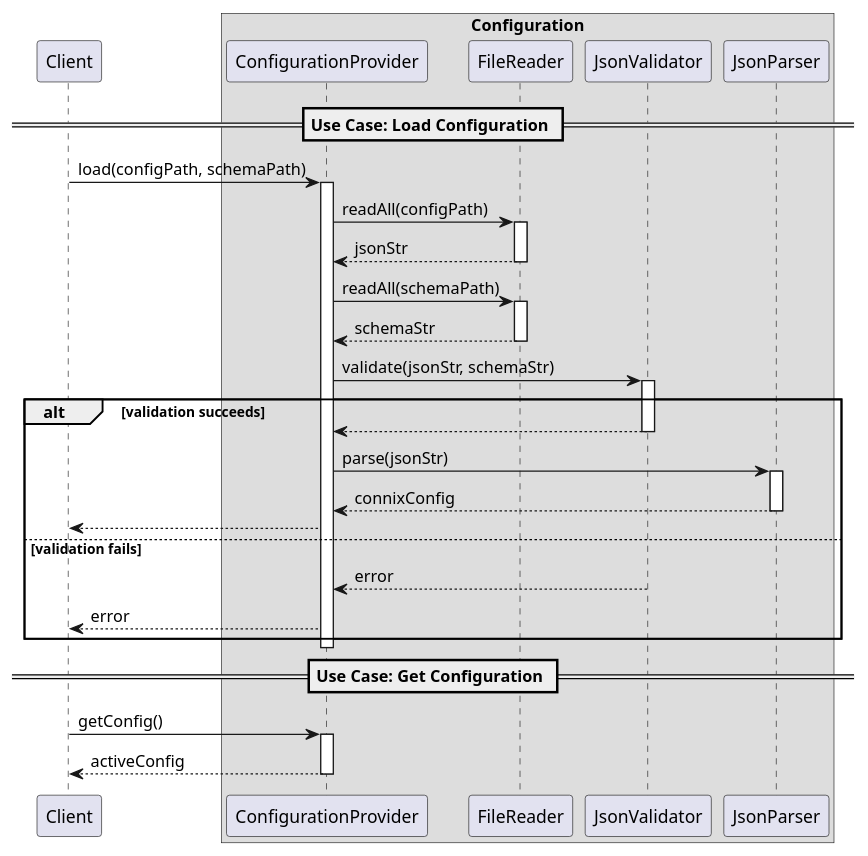
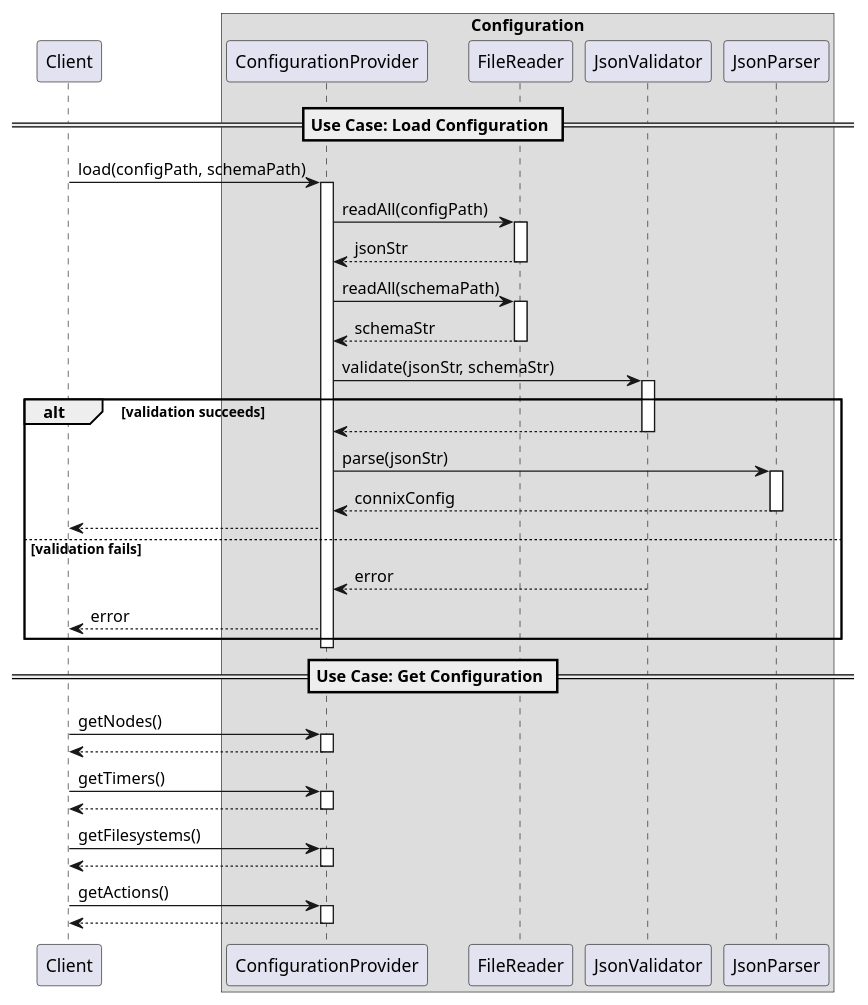
The diagram in connix/connix-core/infrastructure/configuration/dd/runtime_view.puml (nghdang/connix), drawn with PlantUML before and after one commit. The commit also changed 2 other files, not shown here.

```diff
--- a/connix/connix-core/infrastructure/configuration/dd/runtime_view.puml
+++ b/connix/connix-core/infrastructure/configuration/dd/runtime_view.puml
@@ -1,55 +1,70 @@
 @startuml Configuration Component - Runtime View
 
 participant Client
 
 box "Configuration"
     participant ConfigurationProvider
     participant FileReader
     participant JsonValidator
     participant JsonParser
 end box
 
 == Use Case: Load Configuration ==
 
 Client -> ConfigurationProvider : load(configPath, schemaPath)
 activate ConfigurationProvider
 
 ConfigurationProvider -> FileReader : readAll(configPath)
 activate FileReader
 FileReader --> ConfigurationProvider : jsonStr
 deactivate FileReader
 
 ConfigurationProvider -> FileReader : readAll(schemaPath)
 activate FileReader
 FileReader --> ConfigurationProvider : schemaStr
 deactivate FileReader
 
 ConfigurationProvider -> JsonValidator : validate(jsonStr, schemaStr)
 activate JsonValidator
 
 alt validation succeeds
     JsonValidator --> ConfigurationProvider
     deactivate JsonValidator
 
     ConfigurationProvider -> JsonParser : parse(jsonStr)
     activate JsonParser
     JsonParser --> ConfigurationProvider : connixConfig
     deactivate JsonParser
 
     ConfigurationProvider --> Client
 else validation fails
     JsonValidator --> ConfigurationProvider : error
     deactivate JsonValidator
     ConfigurationProvider --> Client : error
 end
 
 deactivate ConfigurationProvider
 
 == Use Case: Get Configuration ==
 
-Client -> ConfigurationProvider : getConfig()
+Client -> ConfigurationProvider : getNodes()
 activate ConfigurationProvider
-ConfigurationProvider --> Client : activeConfig
+ConfigurationProvider --> Client
+deactivate ConfigurationProvider
+
+Client -> ConfigurationProvider : getTimers()
+activate ConfigurationProvider
+ConfigurationProvider --> Client
+deactivate ConfigurationProvider
+
+Client -> ConfigurationProvider : getFilesystems()
+activate ConfigurationProvider
+ConfigurationProvider --> Client
+deactivate ConfigurationProvider
+
+Client -> ConfigurationProvider : getActions()
+activate ConfigurationProvider
+ConfigurationProvider --> Client
 deactivate ConfigurationProvider
 
 @enduml
```
